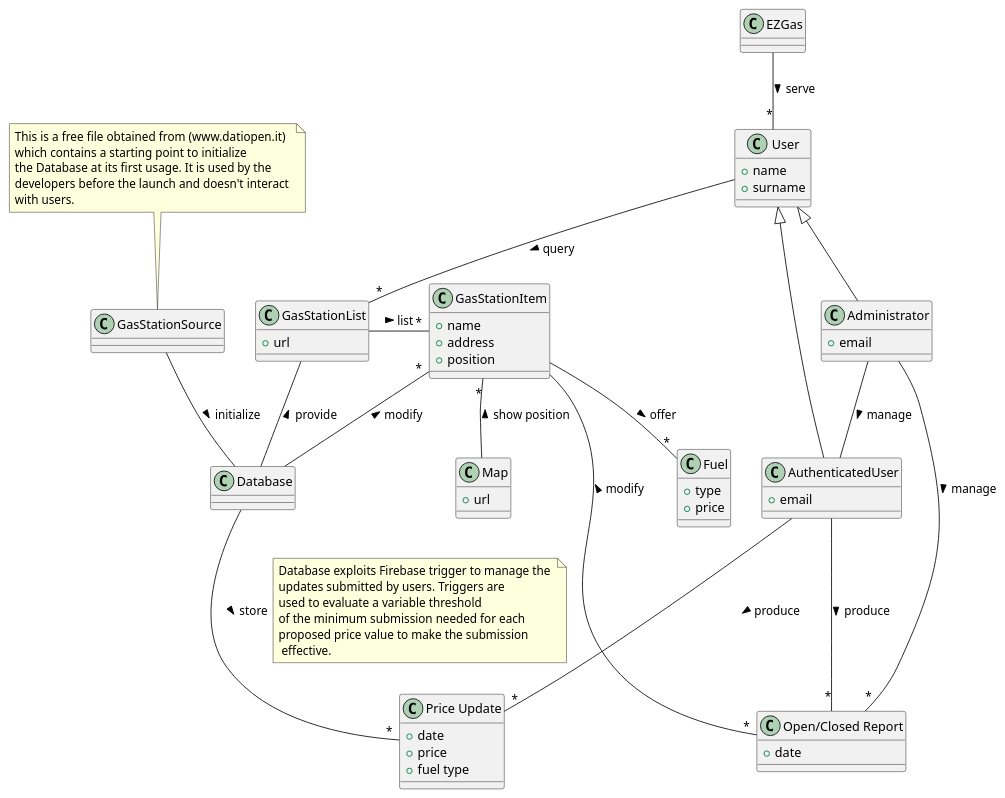
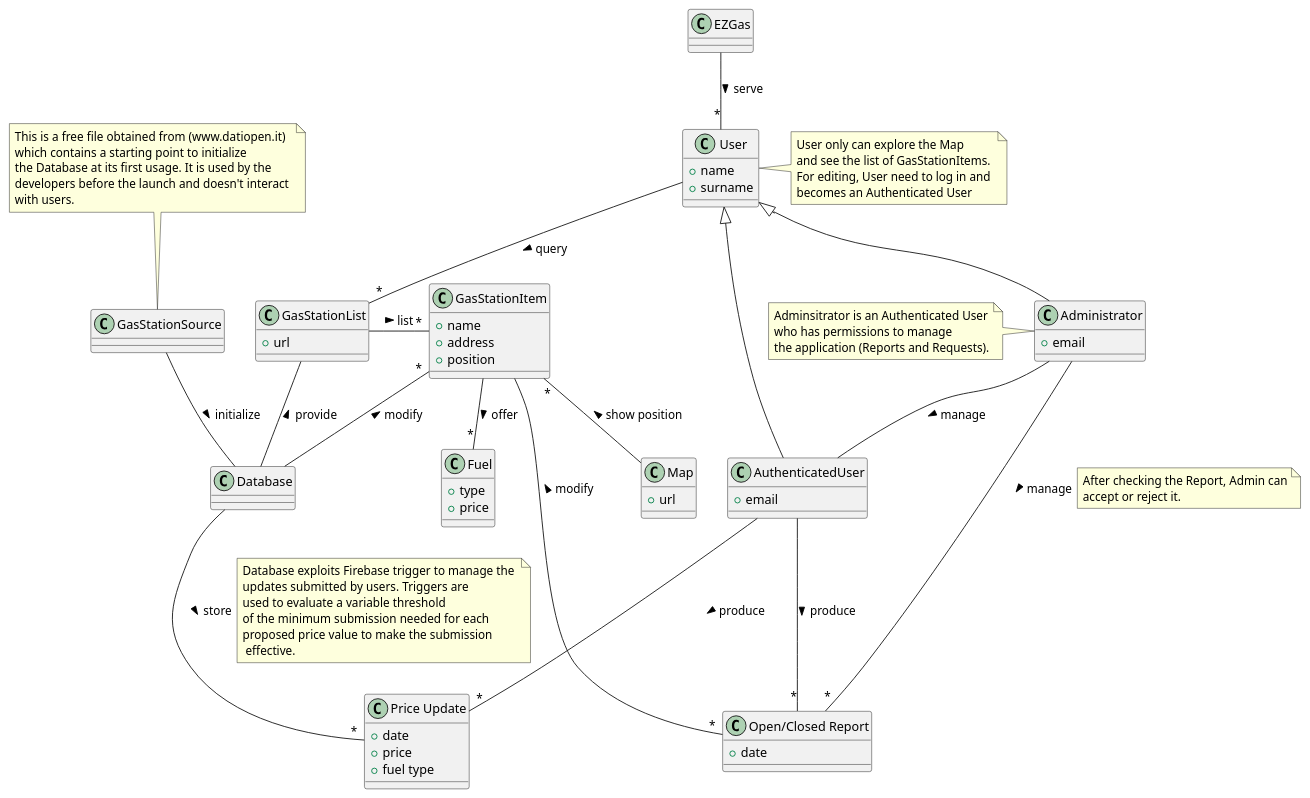
Before and after one commit to aureliocirella/se1-ezgas: the third of 5 diagrams in docs/RequirementsDocument.md, drawn with PlantUML. The commit also changed other lines of this file, not shown here.

```diff
--- a/docs/RequirementsDocument.md
+++ b/docs/RequirementsDocument.md
@@ -444,9 +444,25 @@
 + name
 + surname
 }
+
+note right of User
+User only can explore the Map 
+and see the list of GasStationItems.
+For editing, User need to log in and 
+becomes an Authenticated User
+end note
+
+
 class Administrator {
 + email
 }
+
+note left of Administrator
+Adminsitrator is an Authenticated User
+who has permissions to manage 
+the application (Reports and Requests).
+end note
+
 
 class Fuel {
 +type
@@ -463,6 +479,8 @@
 + position
 }
 
+
+
 class "Open/Closed Report"{
 + date
 
@@ -473,6 +491,7 @@
 + price
 +fuel type
 }
+
 
 class Map {
 + url
@@ -504,6 +523,10 @@
 User -- "*"  GasStationList : query >
 GasStationItem -- "*" "Open/Closed Report" :< modify 
 Administrator -- "*"  "Open/Closed Report" :  manage >
+note right on link
+After checking the Report, Admin can
+accept or reject it.
+end note
 Database -- "*"  "Price Update" :  store >
 note right on link
 Database exploits Firebase trigger to manage the 
```
